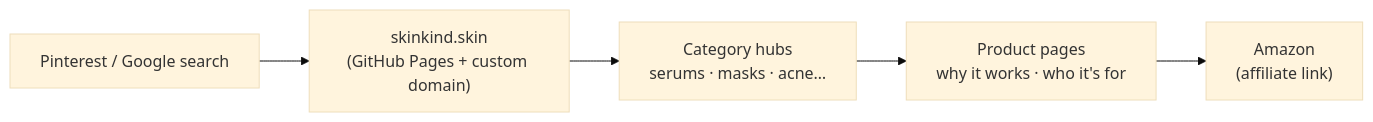
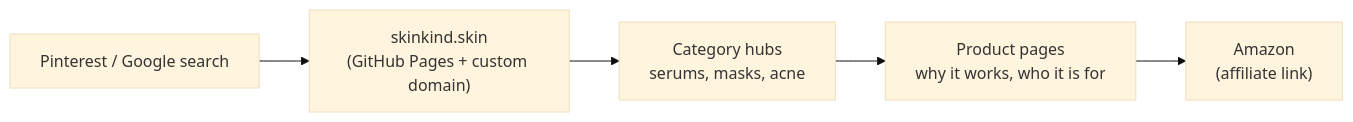
The diagram in README.md (Stanvi09/Skinkind), drawn with Mermaid (base theme) before and after one commit.

Commit message:
Simplify architecture diagram so GitHub renders it

````diff
--- a/README.md
+++ b/README.md
@@ -45,7 +45,7 @@
 ```mermaid
 flowchart LR
     A["Pinterest / Google search"] --> B["skinkind.skin<br/>(GitHub Pages + custom domain)"]
-    B --> C["Category hubs<br/>serums · masks · acne…"]
-    C --> D["Product pages<br/>why it works · who it's for"]
+    B --> C["Category hubs<br/>serums, masks, acne"]
+    C --> D["Product pages<br/>why it works, who it is for"]
     D --> E["Amazon<br/>(affiliate link)"]
 ```
````
